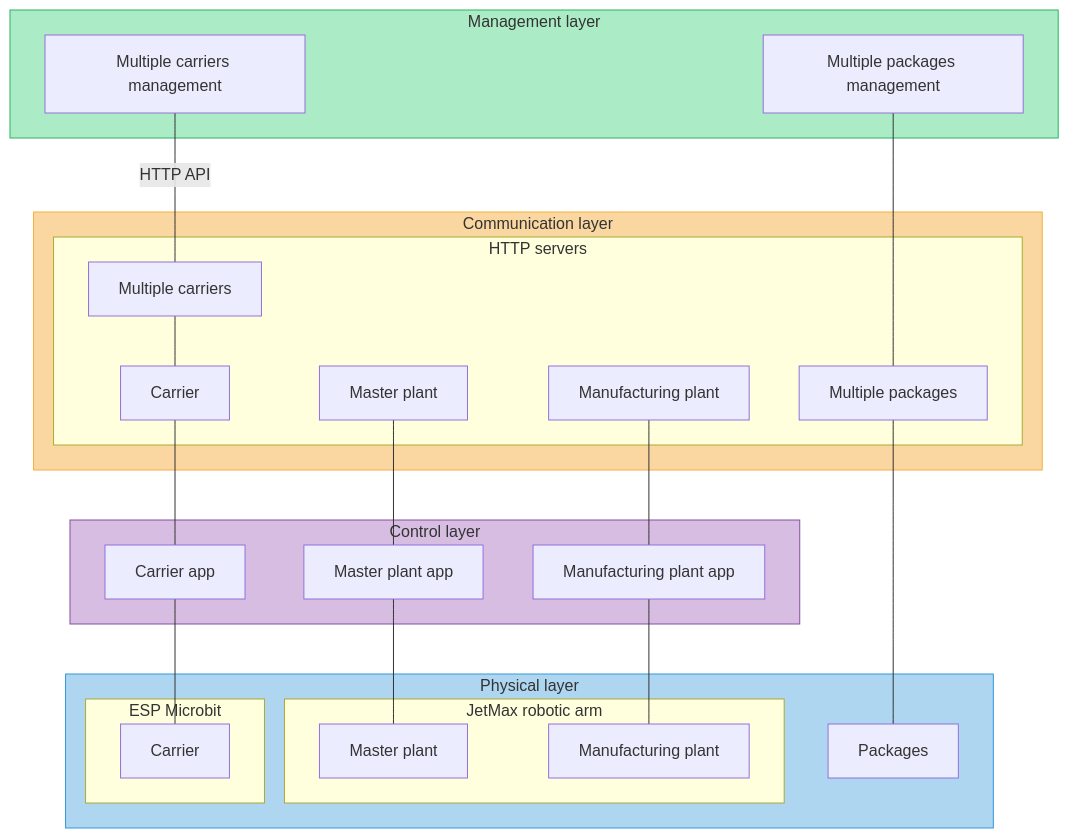
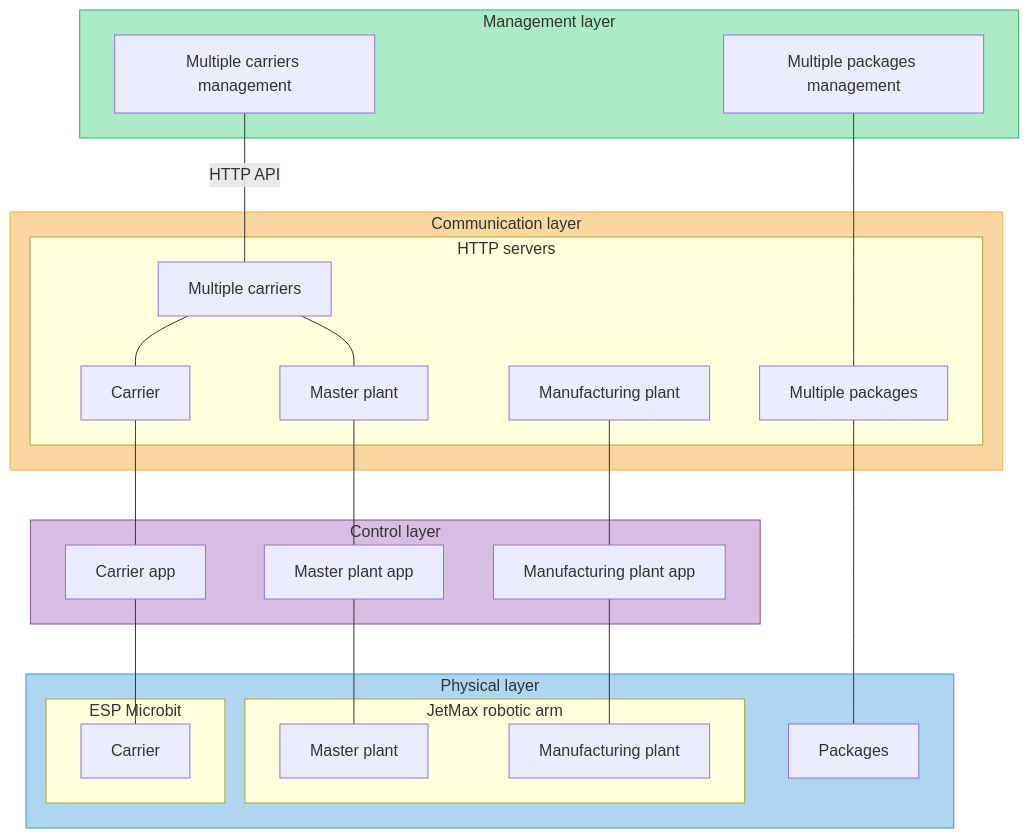
Before and after one commit to fsprojekti/shr-mfg-platform: the first of 2 diagrams in README.md, drawn with Mermaid. The commit also changed other lines of this file, not shown here.

````diff
--- a/README.md
+++ b/README.md
@@ -3,50 +3,51 @@
 ```mermaid
 graph TD
 
 subgraph ML[Management layer]
     MCM[Multiple carriers management ]
     MPM[Multiple packages management]
 end
 subgraph CL[Communication layer]
     subgraph CL1[HTTP servers]
     CC[Carrier]
     CM[Master plant]
     CMFG[Manufacturing plant]
     CMC[Multiple carriers]
     CMP[Multiple packages]
     end  
 end
 subgraph AL[Control layer]
     CTM[Master plant app]
     CTC[Carrier app]
     CTMFG[Manufacturing plant app]
    
 end
 subgraph PL[Physical layer]
     subgraph PL1[ESP Microbit]
     PC[Carrier]
     end
    
     subgraph PL2[JetMax robotic arm]
         PMFG[Manufacturing plant]
         PM[Master plant]
     end
     P[Packages]
 end
 
+CMC---CM
 CMFG---CTMFG---PMFG
 CM---CTM---PM
 
 MPM---CMP---P
 
 MCM---|HTTP API|CMC---CC---CTC---PC
 
 
 
 style CL fill:#FAD7A0, stroke:#F5B041
 style PL fill:#AED6F1, stroke:#3498DB
 style ML fill:#ABEBC6, stroke:#28B463
 style AL fill:#D7BDE2, stroke:#884EA0
 
 
 ```
````
